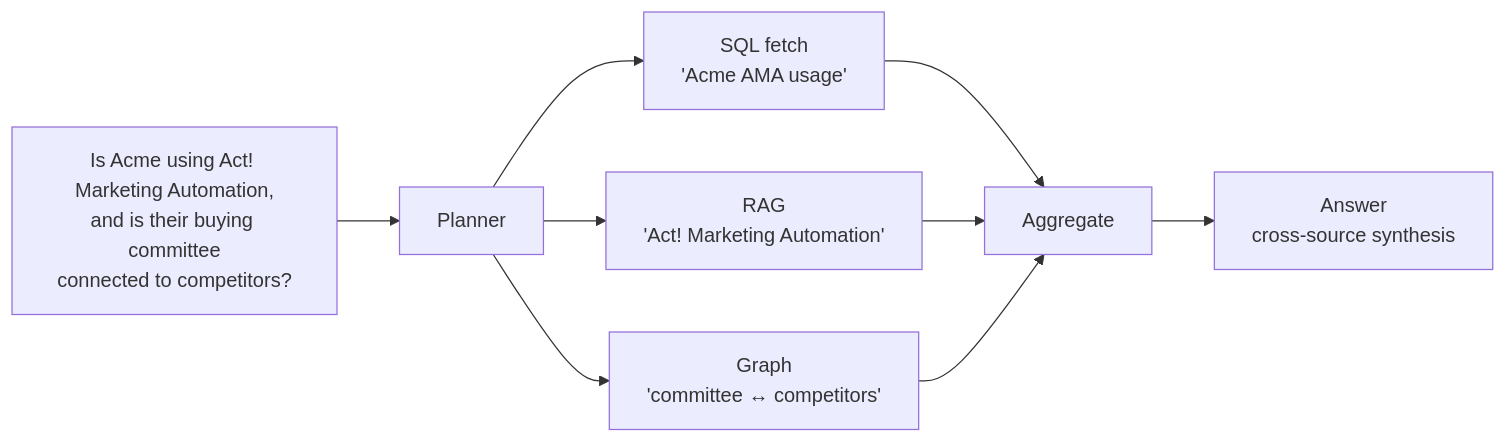
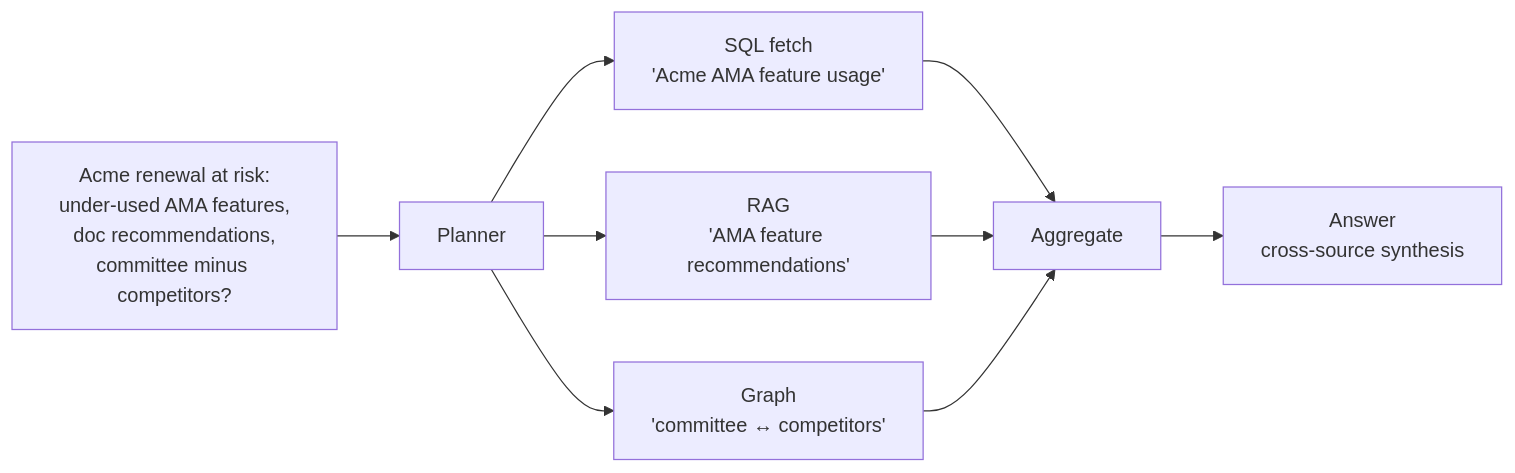
The third of 7 diagrams in README.md (sazzad-kamal/crm-agentic-reasoning-engine-docs), drawn with Mermaid before and after one commit. The commit also changed other lines of this file, not shown here.

Commit message:
Update example question to genuinely require all three sources

````diff
--- a/README.md
+++ b/README.md
@@ -102,11 +102,11 @@
 ```mermaid
 flowchart LR
-    Q["Is Acme using Act! Marketing Automation,<br/>and is their buying committee<br/>connected to competitors?"] --> P[Planner]
-    P --> F[SQL fetch<br/>'Acme AMA usage']
-    P --> R[RAG<br/>'Act! Marketing Automation']
+    Q["Acme renewal at risk:<br/>under-used AMA features,<br/>doc recommendations,<br/>committee minus competitors?"] --> P[Planner]
+    P --> F[SQL fetch<br/>'Acme AMA feature usage']
+    P --> R[RAG<br/>'AMA feature recommendations']
     P --> G[Graph<br/>'committee ↔ competitors']
     F --> AG[Aggregate]
     R --> AG
     G --> AG
     AG --> A[Answer<br/>cross-source synthesis]
 ```
````
